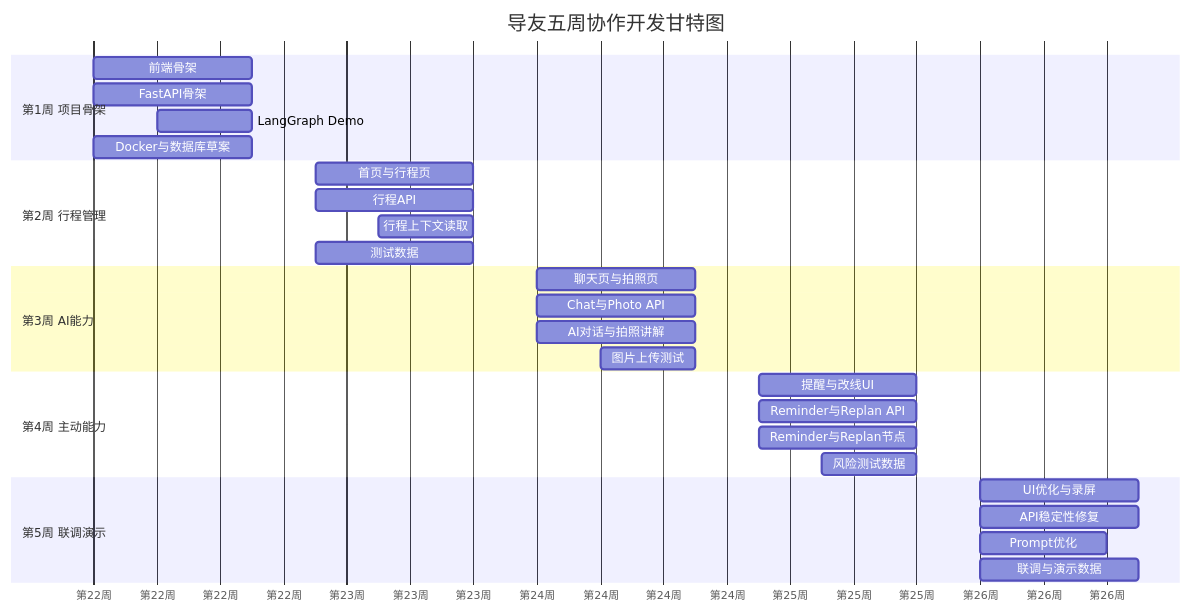
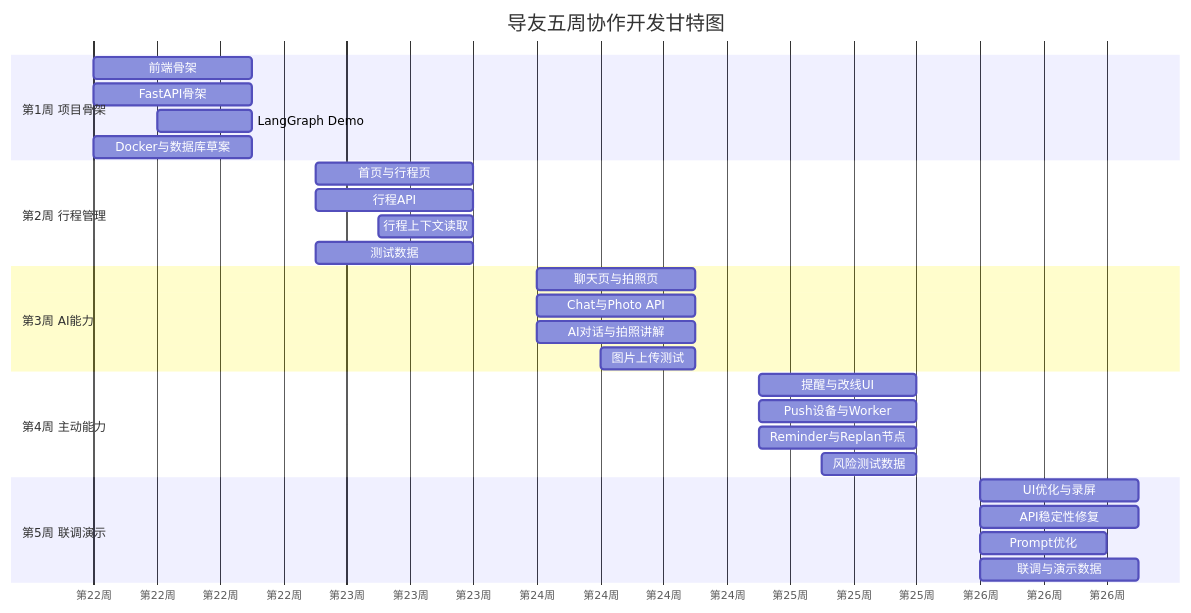
One commit to linzch23/DaoYou changed the third of 3 diagrams in docs/团队开发协作与项目管理文档.md. Above: the diagram before and after it, drawn with Mermaid. The commit also changed other lines of this file and 83 other files, not shown here.

````diff
--- a/docs/团队开发协作与项目管理文档.md
+++ b/docs/团队开发协作与项目管理文档.md
@@ -602,36 +603,36 @@
 ```mermaid
 gantt
     title 导友五周协作开发甘特图
     dateFormat  YYYY-MM-DD
     axisFormat  第%W周
 
     section 第1周 项目骨架
     前端骨架              :a1, 2026-06-01, 5d
     FastAPI骨架           :b1, 2026-06-01, 5d
     LangGraph Demo        :c1, 2026-06-03, 3d
     Docker与数据库草案     :d1, 2026-06-01, 5d
 
     section 第2周 行程管理
     首页与行程页           :a2, 2026-06-08, 5d
     行程API                :b2, 2026-06-08, 5d
     行程上下文读取          :c2, 2026-06-10, 3d
     测试数据               :d2, 2026-06-08, 5d
 
     section 第3周 AI能力
     聊天页与拍照页          :a3, 2026-06-15, 5d
     Chat与Photo API        :b3, 2026-06-15, 5d
     AI对话与拍照讲解        :c3, 2026-06-15, 5d
     图片上传测试            :d3, 2026-06-17, 3d
 
     section 第4周 主动能力
     提醒与改线UI            :a4, 2026-06-22, 5d
-    Reminder与Replan API   :b4, 2026-06-22, 5d
+    Push设备与Worker       :b4, 2026-06-22, 5d
     Reminder与Replan节点    :c4, 2026-06-22, 5d
     风险测试数据            :d4, 2026-06-24, 3d
 
     section 第5周 联调演示
     UI优化与录屏            :a5, 2026-06-29, 5d
     API稳定性修复           :b5, 2026-06-29, 5d
     Prompt优化              :c5, 2026-06-29, 4d
     联调与演示数据           :d5, 2026-06-29, 5d
 ```
````
